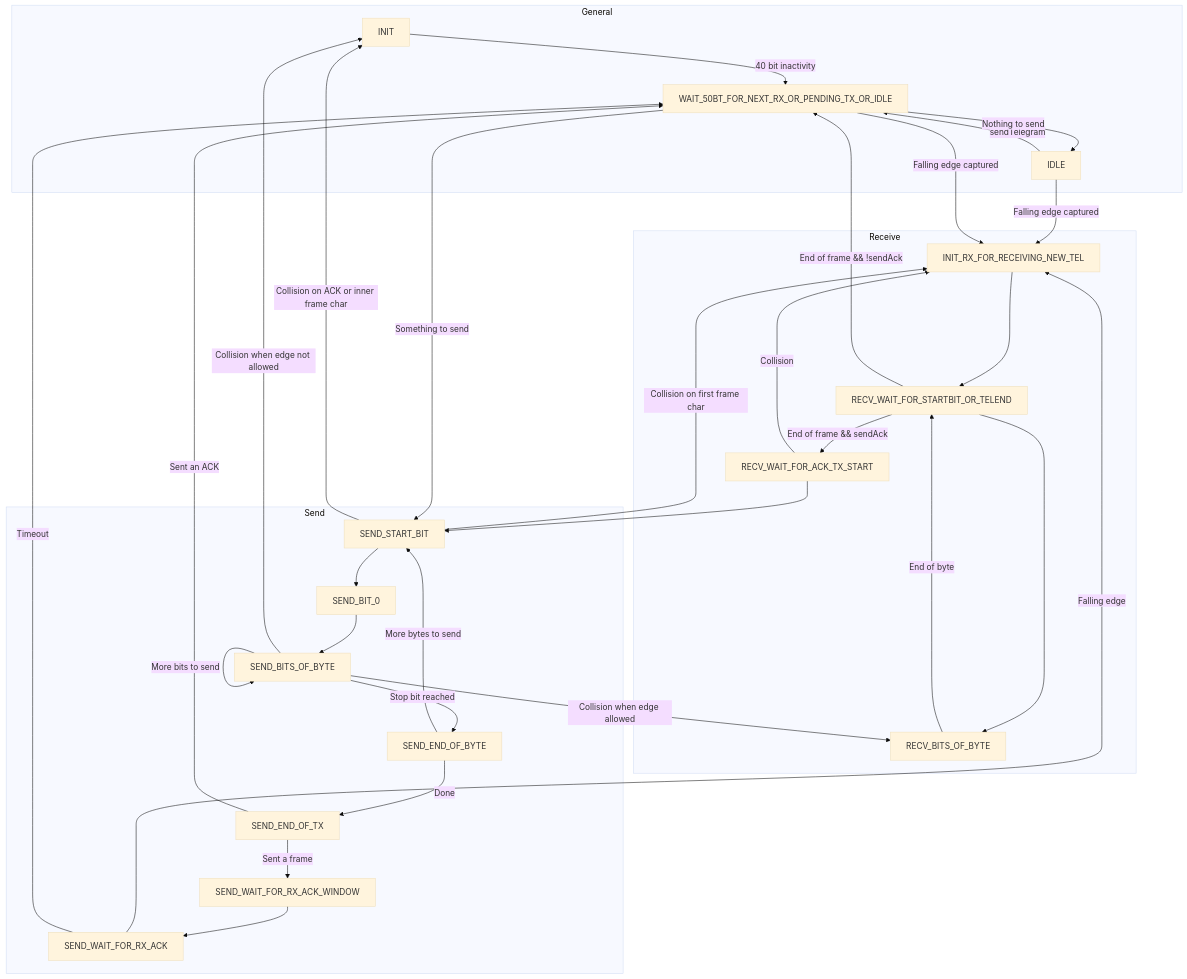
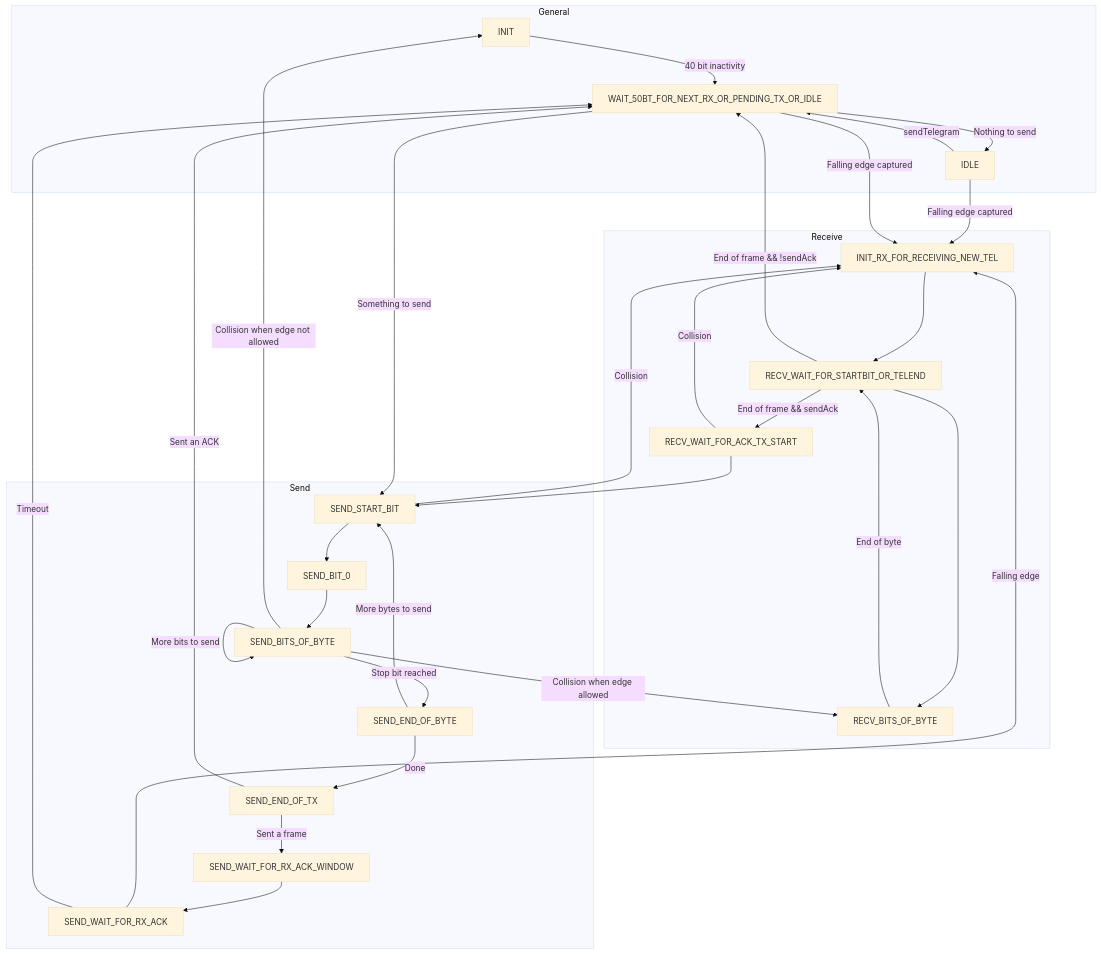
Before and after one commit to selfbus/software-arm-lib: the diagram in doc/KNX TP1 Bus implementation.md, drawn with Mermaid (base theme).

Commit message:
[doc] Update chart to match current implementation

````diff
--- a/doc/KNX TP1 Bus implementation.md
+++ b/doc/KNX TP1 Bus implementation.md
@@ -137,54 +137,53 @@
 ```mermaid
 flowchart TB
     subgraph General
         INIT
         IDLE
         WAIT_50BT_FOR_NEXT_RX_OR_PENDING_TX_OR_IDLE
     end
     subgraph Receive
         INIT_RX_FOR_RECEIVING_NEW_TEL
         RECV_WAIT_FOR_STARTBIT_OR_TELEND
         RECV_BITS_OF_BYTE
         RECV_WAIT_FOR_ACK_TX_START
     end
     subgraph Send
         SEND_START_BIT
         SEND_BIT_0
         SEND_BITS_OF_BYTE
         SEND_END_OF_BYTE
         SEND_END_OF_TX
         SEND_WAIT_FOR_RX_ACK_WINDOW
         SEND_WAIT_FOR_RX_ACK
     end
 
     INIT --40 bit inactivity--> WAIT_50BT_FOR_NEXT_RX_OR_PENDING_TX_OR_IDLE
     IDLE --sendTelegram--> WAIT_50BT_FOR_NEXT_RX_OR_PENDING_TX_OR_IDLE
     IDLE --Falling edge captured--> INIT_RX_FOR_RECEIVING_NEW_TEL
     INIT_RX_FOR_RECEIVING_NEW_TEL ---> RECV_WAIT_FOR_STARTBIT_OR_TELEND
     RECV_WAIT_FOR_STARTBIT_OR_TELEND ---> RECV_BITS_OF_BYTE
     RECV_WAIT_FOR_STARTBIT_OR_TELEND --End of frame && sendAck--> RECV_WAIT_FOR_ACK_TX_START
     RECV_WAIT_FOR_STARTBIT_OR_TELEND --End of frame && !sendAck--> WAIT_50BT_FOR_NEXT_RX_OR_PENDING_TX_OR_IDLE
     RECV_BITS_OF_BYTE --End of byte--> RECV_WAIT_FOR_STARTBIT_OR_TELEND
 
     RECV_WAIT_FOR_ACK_TX_START --Collision--> INIT_RX_FOR_RECEIVING_NEW_TEL
     RECV_WAIT_FOR_ACK_TX_START --> SEND_START_BIT
 
     WAIT_50BT_FOR_NEXT_RX_OR_PENDING_TX_OR_IDLE --Falling edge captured--> INIT_RX_FOR_RECEIVING_NEW_TEL
     WAIT_50BT_FOR_NEXT_RX_OR_PENDING_TX_OR_IDLE --Nothing to send--> IDLE
     WAIT_50BT_FOR_NEXT_RX_OR_PENDING_TX_OR_IDLE --Something to send--> SEND_START_BIT
-    SEND_START_BIT --Collision on ACK or inner frame char--> INIT
-    SEND_START_BIT --Collision on first frame char--> INIT_RX_FOR_RECEIVING_NEW_TEL
+    SEND_START_BIT --Collision--> INIT_RX_FOR_RECEIVING_NEW_TEL
     SEND_START_BIT --> SEND_BIT_0
     SEND_BIT_0 --> SEND_BITS_OF_BYTE
     SEND_BITS_OF_BYTE --More bits to send--> SEND_BITS_OF_BYTE
     SEND_BITS_OF_BYTE --Stop bit reached--> SEND_END_OF_BYTE
     SEND_BITS_OF_BYTE --Collision when edge allowed--> RECV_BITS_OF_BYTE
     SEND_BITS_OF_BYTE --Collision when edge not allowed--> INIT
     SEND_END_OF_BYTE --More bytes to send--> SEND_START_BIT
     SEND_END_OF_BYTE --Done--> SEND_END_OF_TX
     SEND_END_OF_TX --Sent an ACK--> WAIT_50BT_FOR_NEXT_RX_OR_PENDING_TX_OR_IDLE
     SEND_END_OF_TX --Sent a frame--> SEND_WAIT_FOR_RX_ACK_WINDOW
     SEND_WAIT_FOR_RX_ACK_WINDOW --> SEND_WAIT_FOR_RX_ACK
     SEND_WAIT_FOR_RX_ACK --Falling edge--> INIT_RX_FOR_RECEIVING_NEW_TEL
     SEND_WAIT_FOR_RX_ACK --Timeout--> WAIT_50BT_FOR_NEXT_RX_OR_PENDING_TX_OR_IDLE
 ```
````
